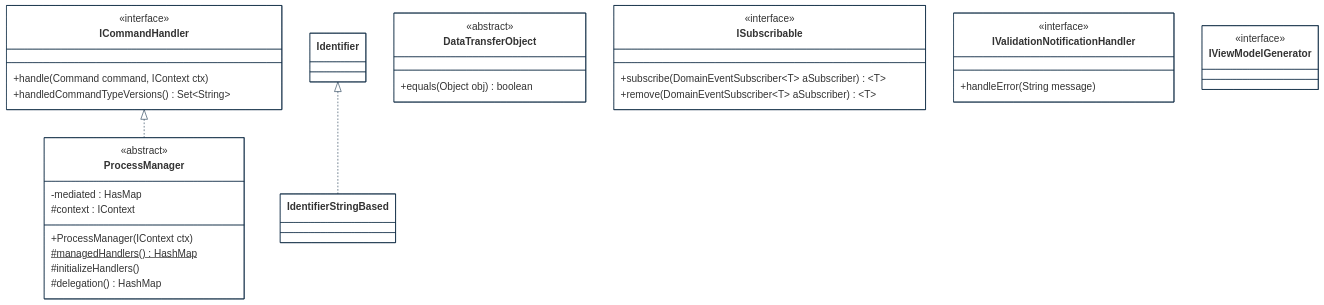
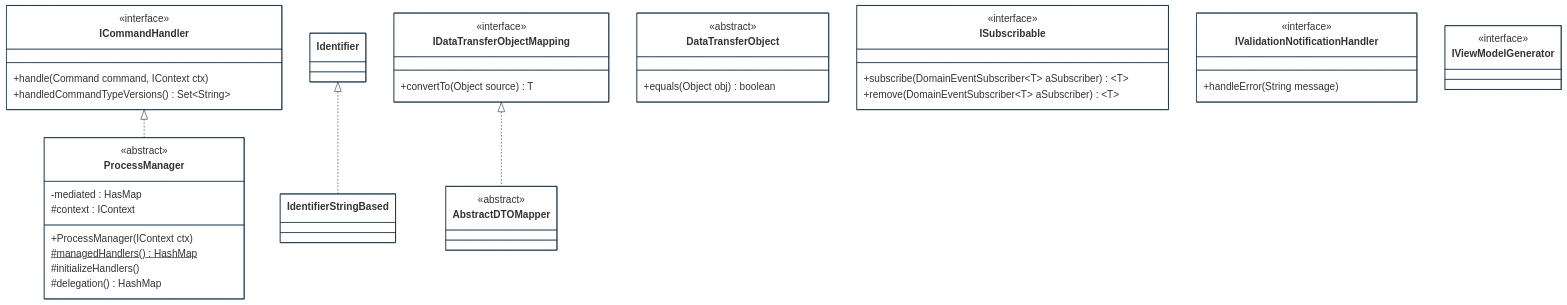
The second of 3 diagrams in implementations-line/framework/domain/designview-structure-models.md (cybnity/foundation), drawn with Mermaid before and after one commit.

````diff
--- a/implementations-line/framework/domain/designview-structure-models.md
+++ b/implementations-line/framework/domain/designview-structure-models.md
@@ -161,54 +161,62 @@
 ```mermaid
 %%{
   init: {
     'theme': 'base',
     'themeVariables': {
         'background': '#ffffff',
         'fontFamily': 'arial',
         'fontSize': '18px',
         'primaryColor': '#fff',
         'primaryBorderColor': '#0e2a43',
         'secondaryBorderColor': '#0e2a43',
         'tertiaryBorderColor': '#0e2a43',
         'edgeLabelBackground':'#0e2a43',
         'lineColor': '#0e2a43',
         'tertiaryColor': '#fff'
     }
   }
 }%%
 classDiagram
     ICommandHandler <|.. ProcessManager
     Identifier <|.. IdentifierStringBased
-
+    IDataTransferObjectMapping <|.. AbstractDTOMapper
+    
     class ICommandHandler {
         <<interface>>
         +handle(Command command, IContext ctx)
         +handledCommandTypeVersions() Set~String~
     }
     class DataTransferObject {
         <<abstract>>
         +equals(Object obj) boolean
     }
     class ProcessManager {
         <<abstract>>
         -mediated : HasMap
         #context : IContext
         +ProcessManager(IContext ctx)
         #managedHandlers()$ HashMap
         #initializeHandlers()
         #delegation() HashMap
     }
     class ISubscribable {
         <<interface>>
         +subscribe(DomainEventSubscriber~T~ aSubscriber) ~T~
         +remove(DomainEventSubscriber~T~ aSubscriber) ~T~
     }
     class IValidationNotificationHandler {
         <<interface>>
         +handleError(String message)
     }
     class IViewModelGenerator {
         <<interface>>
     }
+    class IDataTransferObjectMapping~T extends DataTransferObject~ {
+        <<interface>>
+        +convertTo(Object source) T
+    }
+    class AbstractDTOMapper~T extends DataTransferObject~ {
+        <<abstract>>
+    }
 
 ```
````
